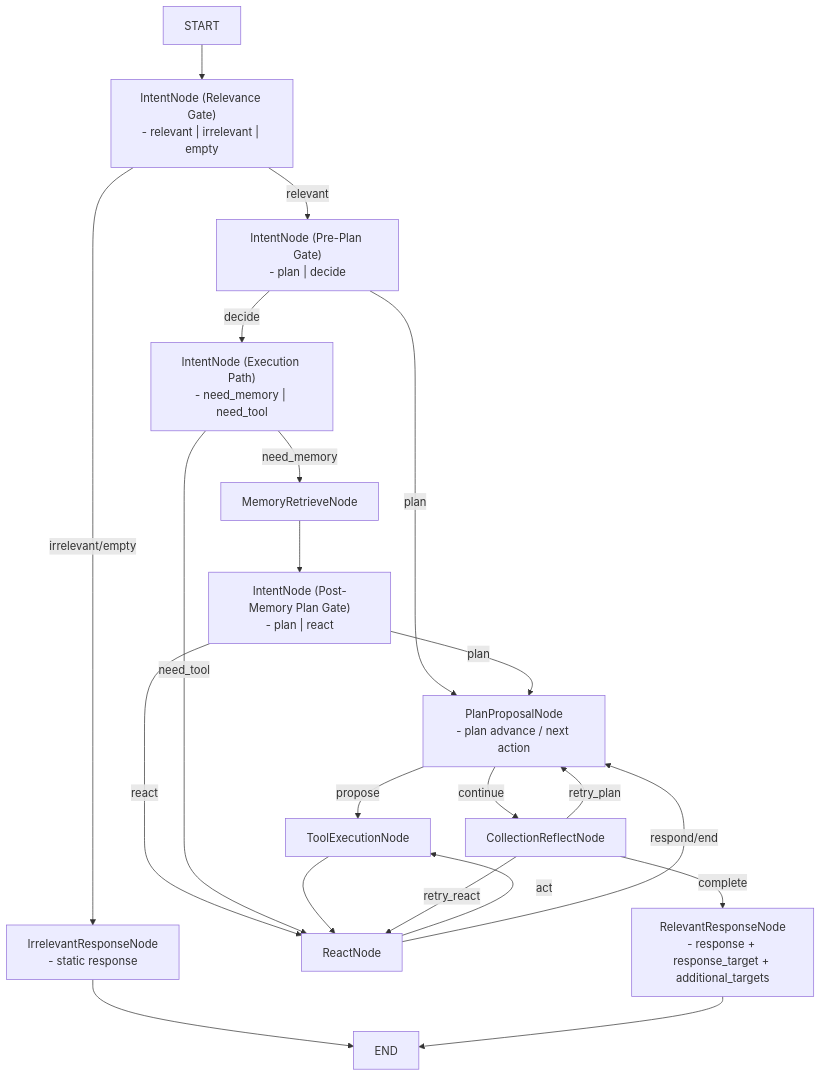
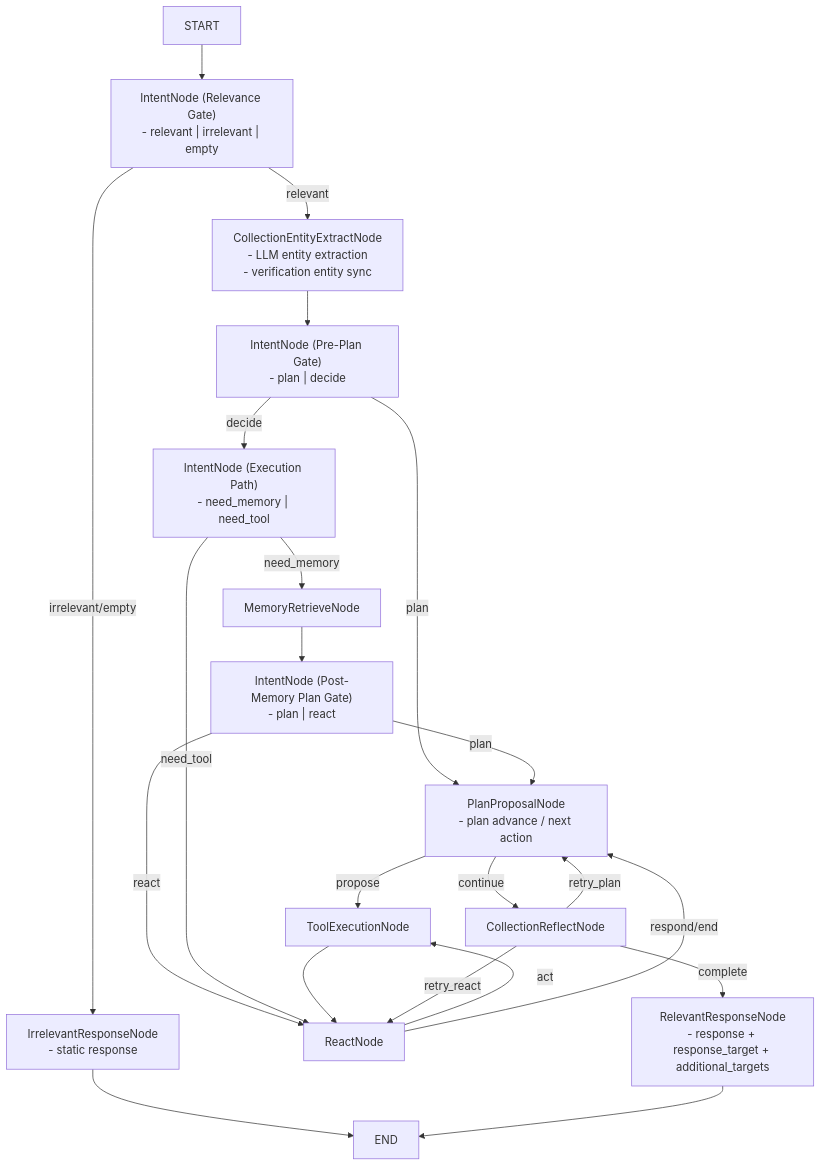
One commit to deep-saket/openclaw_agents changed the diagram in agents/collection_agent/README.md. Above: the diagram before and after it, drawn with Mermaid. The commit also changed other lines of this file and 22 other files, not shown here.

Commit message:
Update collection agent graph, entity extraction flow, and Groq/UI fixes

````diff
--- a/agents/collection_agent/README.md
+++ b/agents/collection_agent/README.md
@@ -136,28 +136,29 @@
 ```mermaid
 flowchart TD
   Start["START"] --> IN["IntentNode (Relevance Gate)\n- relevant | irrelevant | empty"]
   IN -->|irrelevant/empty| IR["IrrelevantResponseNode\n- static response"]
   IR --> End["END"]
 
-  IN -->|relevant| PG["IntentNode (Pre-Plan Gate)\n- plan | decide"]
+  IN -->|relevant| EN["CollectionEntityExtractNode\n- LLM entity extraction\n- verification entity sync"]
+  EN --> PG["IntentNode (Pre-Plan Gate)\n- plan | decide"]
   PG -->|plan| PP["PlanProposalNode\n- plan advance / next action"]
   PG -->|decide| XP["IntentNode (Execution Path)\n- need_memory | need_tool"]
 
   XP -->|need_memory| MR["MemoryRetrieveNode"]
   MR --> PM["IntentNode (Post-Memory Plan Gate)\n- plan | react"]
   PM -->|plan| PP
   PM -->|react| RN["ReactNode"]
 
   XP -->|need_tool| RN
   RN -->|act| TE["ToolExecutionNode"]
   TE --> RN
   RN -->|respond/end| PP
 
   PP -->|propose| TE
   PP -->|continue| RF["CollectionReflectNode"]
 
   RF -->|retry_react| RN
   RF -->|retry_plan| PP
   RF -->|complete| RR["RelevantResponseNode\n- response + response_target + additional_targets"]
   RR --> End
 ```
````
